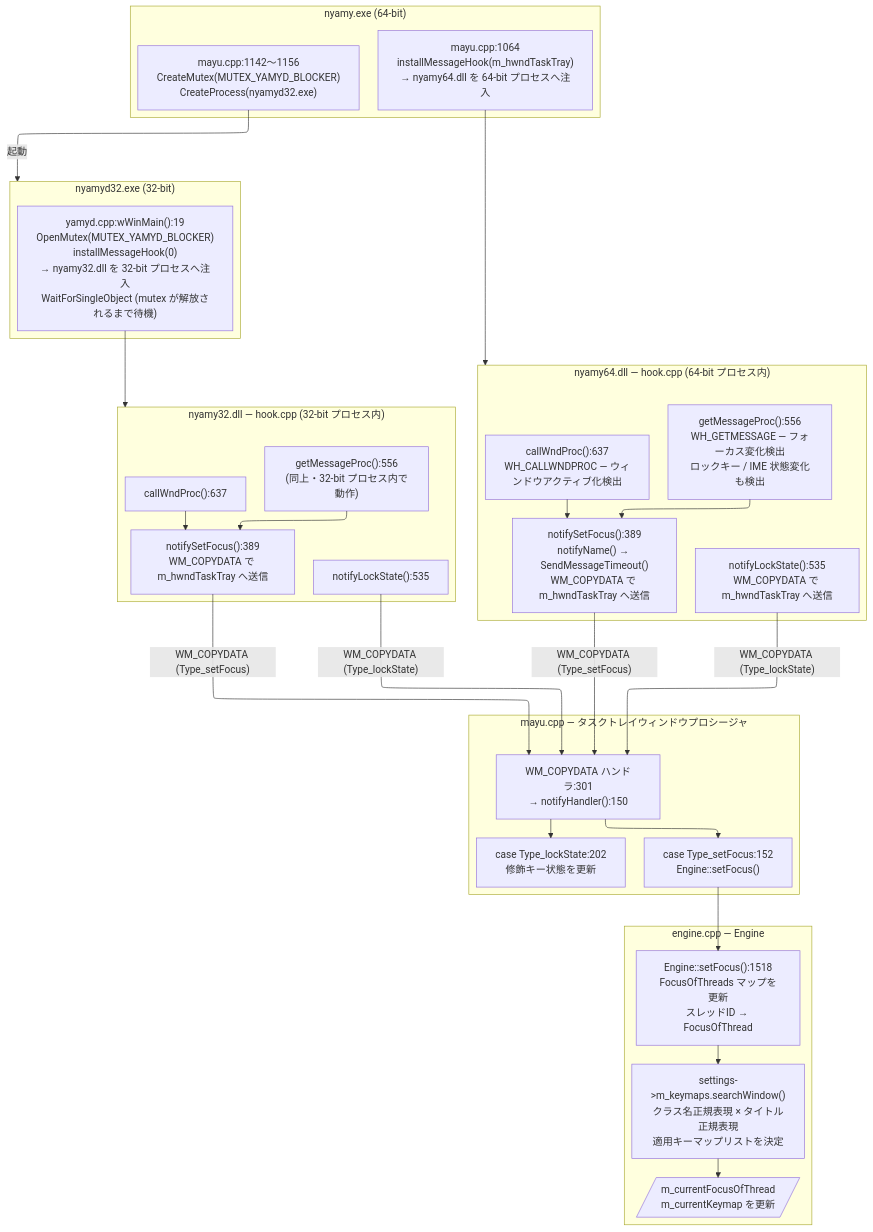
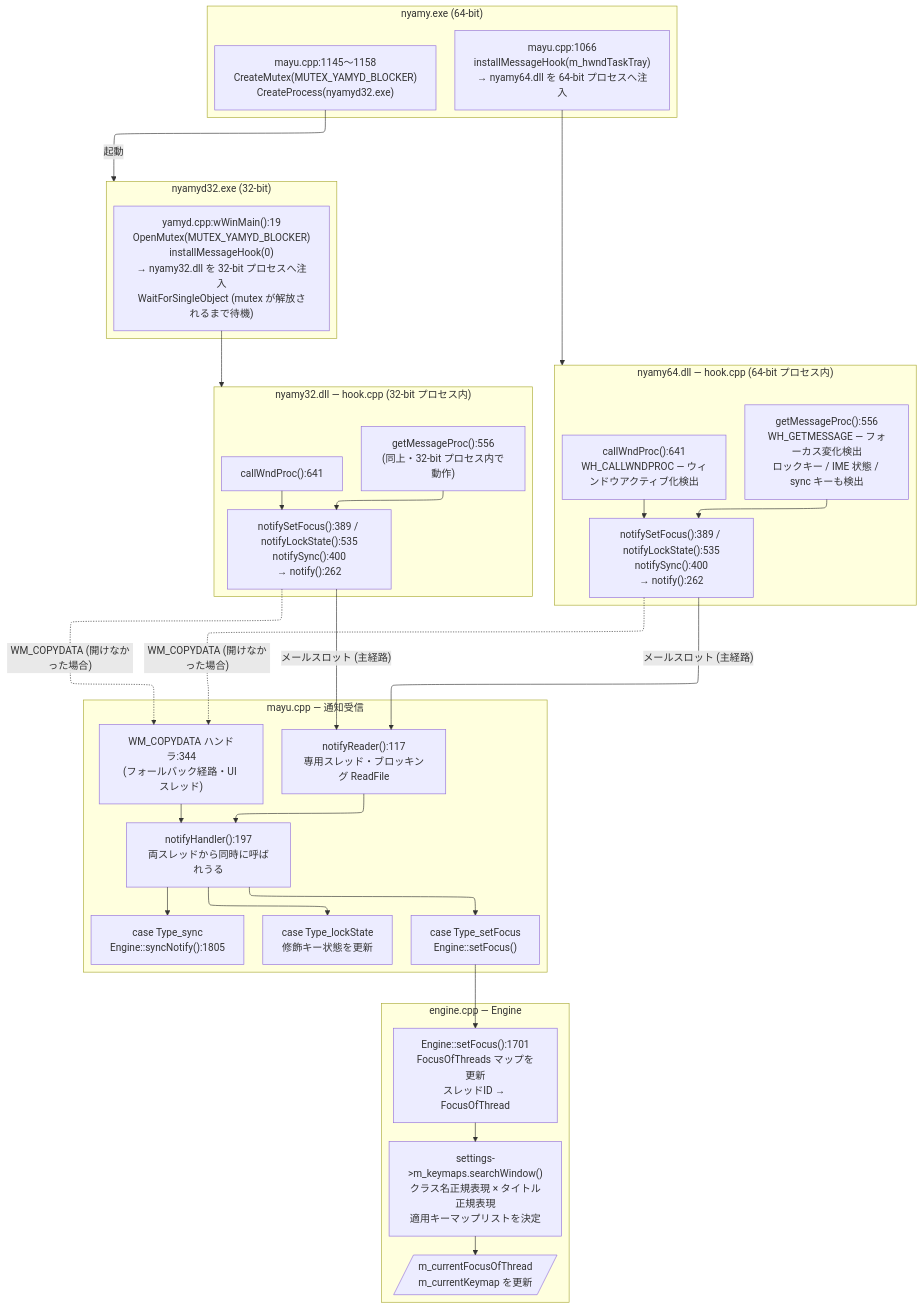
Before and after one commit to vmi/nyamy: the second of 7 diagrams in doc/event-flow.md, drawn with Mermaid. The commit also changed other lines of this file, not shown here.

First line of the commit message:
event-flow.md をスレッド構成・通知経路の変更に追従させる

````diff
--- a/doc/event-flow.md
+++ b/doc/event-flow.md
@@ -121,59 +146,63 @@
 ```mermaid
 ---
 config:
   layout: elk
 ---
 flowchart TD
     subgraph proc_nyamy["nyamy.exe (64-bit)"]
-        INIT["mayu.cpp:1064<br>installMessageHook(m_hwndTaskTray)<br>→ nyamy64.dll を 64-bit プロセスへ注入"]
-        SPAWN["mayu.cpp:1142〜1156<br>CreateMutex(MUTEX_YAMYD_BLOCKER)<br>CreateProcess(nyamyd32.exe)"]
+        INIT["mayu.cpp:1066<br>installMessageHook(m_hwndTaskTray)<br>→ nyamy64.dll を 64-bit プロセスへ注入"]
+        SPAWN["mayu.cpp:1145〜1158<br>CreateMutex(MUTEX_YAMYD_BLOCKER)<br>CreateProcess(nyamyd32.exe)"]
     end
 
     subgraph proc_nyamyd["nyamyd32.exe (32-bit)"]
         NYAMYD["yamyd.cpp:wWinMain():19<br>OpenMutex(MUTEX_YAMYD_BLOCKER)<br>installMessageHook(0)<br>→ nyamy32.dll を 32-bit プロセスへ注入<br>WaitForSingleObject (mutex が解放されるまで待機)"]
     end
 
     subgraph hook_dll64["nyamy64.dll — hook.cpp (64-bit プロセス内)"]
-        A64["getMessageProc():556<br>WH_GETMESSAGE — フォーカス変化検出<br>ロックキー / IME 状態変化も検出"]
-        A264["callWndProc():637<br>WH_CALLWNDPROC — ウィンドウアクティブ化検出"]
-        B64["notifySetFocus():389<br>notifyName() → SendMessageTimeout()<br>WM_COPYDATA で m_hwndTaskTray へ送信"]
-        B264["notifyLockState():535<br>WM_COPYDATA で m_hwndTaskTray へ送信"]
+        A64["getMessageProc():556<br>WH_GETMESSAGE — フォーカス変化検出<br>ロックキー / IME 状態 / sync キーも検出"]
+        A264["callWndProc():641<br>WH_CALLWNDPROC — ウィンドウアクティブ化検出"]
+        B64["notifySetFocus():389 / notifyLockState():535<br>notifySync():400<br>→ notify():262"]
     end
 
     subgraph hook_dll32["nyamy32.dll — hook.cpp (32-bit プロセス内)"]
         A32["getMessageProc():556<br>(同上・32-bit プロセス内で動作)"]
-        A232["callWndProc():637"]
-        B32["notifySetFocus():389<br>WM_COPYDATA で m_hwndTaskTray へ送信"]
-        B232["notifyLockState():535"]
+        A232["callWndProc():641"]
+        B32["notifySetFocus():389 / notifyLockState():535<br>notifySync():400<br>→ notify():262"]
     end
 
-    subgraph mayu_recv["mayu.cpp — タスクトレイウィンドウプロシージャ"]
-        WCD["WM_COPYDATA ハンドラ:301<br>→ notifyHandler():150"]
-        NH_SF["case Type_setFocus:152<br>Engine::setFocus()"]
-        NH_LS["case Type_lockState:202<br>修飾キー状態を更新"]
+    subgraph mayu_recv["mayu.cpp — 通知受信"]
+        RD["notifyReader():117<br>専用スレッド・ブロッキング ReadFile"]
+        WCD["WM_COPYDATA ハンドラ:344<br>(フォールバック経路・UI スレッド)"]
+        NH["notifyHandler():197<br>両スレッドから同時に呼ばれうる"]
+        NH_SF["case Type_setFocus<br>Engine::setFocus()"]
+        NH_LS["case Type_lockState<br>修飾キー状態を更新"]
+        NH_SY["case Type_sync<br>Engine::syncNotify():1805"]
     end
 
     subgraph engine_focus["engine.cpp — Engine"]
-        C["Engine::setFocus():1518<br>FocusOfThreads マップを更新<br>スレッドID → FocusOfThread"]
+        C["Engine::setFocus():1701<br>FocusOfThreads マップを更新<br>スレッドID → FocusOfThread"]
         D["settings->m_keymaps.searchWindow()<br>クラス名正規表現 × タイトル正規表現<br>適用キーマップリストを決定"]
         E[/"m_currentFocusOfThread<br>m_currentKeymap を更新"/]
     end
 
     SPAWN -->|"起動"| proc_nyamyd
     INIT --> hook_dll64
     NYAMYD --> hook_dll32
 
     A64 --> B64
     A264 --> B64
     A32 --> B32
     A232 --> B32
 
-    B64 -->|"WM_COPYDATA (Type_setFocus)"| WCD
-    B32 -->|"WM_COPYDATA (Type_setFocus)"| WCD
-    B264 -->|"WM_COPYDATA (Type_lockState)"| WCD
-    B232 -->|"WM_COPYDATA (Type_lockState)"| WCD
+    B64 -->|"メールスロット (主経路)"| RD
+    B32 -->|"メールスロット (主経路)"| RD
+    B64 -.->|"WM_COPYDATA (開けなかった場合)"| WCD
+    B32 -.->|"WM_COPYDATA (開けなかった場合)"| WCD
 
-    WCD --> NH_SF
-    WCD --> NH_LS
+    RD --> NH
+    WCD --> NH
+    NH --> NH_SF
+    NH --> NH_LS
+    NH --> NH_SY
     NH_SF --> C --> D --> E
 ```
````
